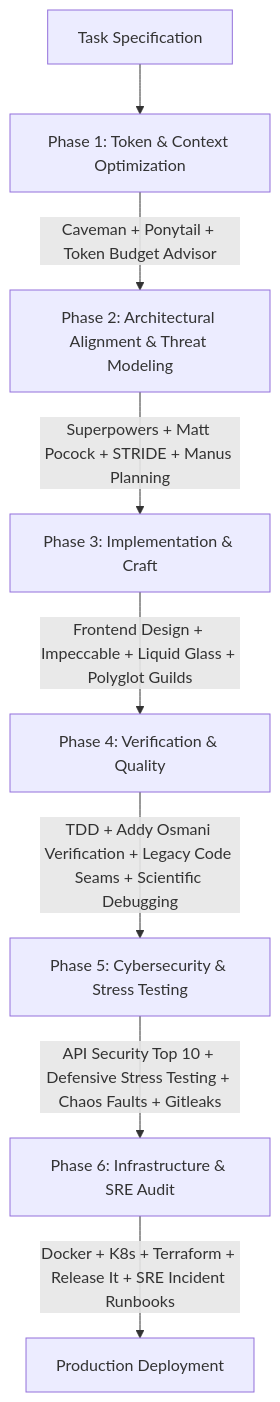
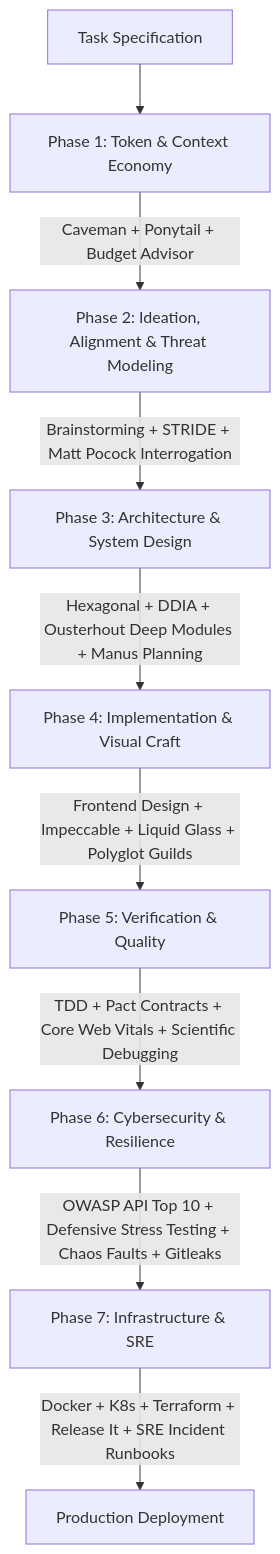
One commit to Serion89/all-in-one-skills-for-ai changed the diagram in README.md. Above: the diagram before and after it, drawn with Mermaid. The commit also changed other lines of this file and 10 other files, not shown here.

Commit message:
feat: expand to 115 skills across 12 granular categories (Event-Driven, GraphQL, gRPC, WebSockets, Core Web Vitals, WCAG Accessibility, React Native, Supply Chain Security, Pact Contracts, Search Indexing)

````diff
--- a/README.md
+++ b/README.md
@@ -19,10 +20,11 @@
 ```mermaid
 graph TD
-    A[Task Specification] --> B[Phase 1: Token & Context Optimization]
-    B -->|Caveman + Ponytail + Token Budget Advisor| C[Phase 2: Architectural Alignment & Threat Modeling]
-    C -->|Superpowers + Matt Pocock + STRIDE + Manus Planning| D[Phase 3: Implementation & Craft]
-    D -->|Frontend Design + Impeccable + Liquid Glass + Polyglot Guilds| E[Phase 4: Verification & Quality]
-    E -->|TDD + Addy Osmani Verification + Legacy Code Seams + Scientific Debugging| F[Phase 5: Cybersecurity & Stress Testing]
-    F -->|API Security Top 10 + Defensive Stress Testing + Chaos Faults + Gitleaks| G[Phase 6: Infrastructure & SRE Audit]
-    G -->|Docker + K8s + Terraform + Release It + SRE Incident Runbooks| H[Production Deployment]
+    A[Task Specification] --> B[Phase 1: Token & Context Economy]
+    B -->|Caveman + Ponytail + Budget Advisor| C[Phase 2: Ideation, Alignment & Threat Modeling]
+    C -->|Brainstorming + STRIDE + Matt Pocock Interrogation| D[Phase 3: Architecture & System Design]
+    D -->|Hexagonal + DDIA + Ousterhout Deep Modules + Manus Planning| E[Phase 4: Implementation & Visual Craft]
+    E -->|Frontend Design + Impeccable + Liquid Glass + Polyglot Guilds| F[Phase 5: Verification & Quality]
+    F -->|TDD + Pact Contracts + Core Web Vitals + Scientific Debugging| G[Phase 6: Cybersecurity & Resilience]
+    G -->|OWASP API Top 10 + Defensive Stress Testing + Chaos Faults + Gitleaks| H[Phase 7: Infrastructure & SRE]
+    H -->|Docker + K8s + Terraform + Release It + SRE Incident Runbooks| I[Production Deployment]
 ```
````
